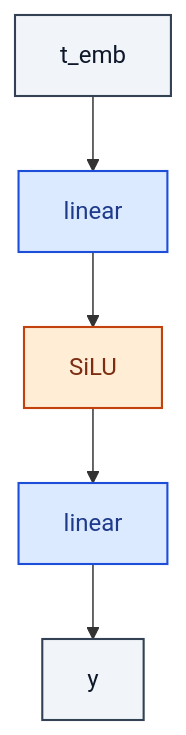
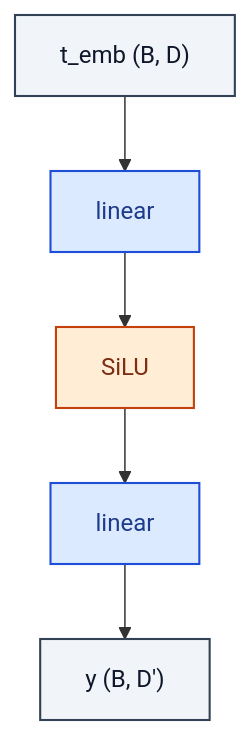
The diagram in unet_diffusion/TimestepMLP.md (RealityShifts/Srivastava-book-of-Blocks-diagrams), drawn with Mermaid before and after one commit. The commit also changed 123 other files, not shown here.

````diff
--- a/unet_diffusion/TimestepMLP.md
+++ b/unet_diffusion/TimestepMLP.md
@@ -7,21 +7,22 @@
 ```mermaid
 flowchart TD
-    n0_0["t_emb"]:::io
+    n0_0["t_emb  (B, D)"]:::io
     n1_0["linear"]:::op
     n2_0["SiLU"]:::act
     n3_0["linear"]:::op
-    n4_0["y"]:::io
+    n4_0["y  (B, D')"]:::io
     n0_0 --> n1_0
     n1_0 --> n2_0
     n2_0 --> n3_0
     n3_0 --> n4_0
     classDef io fill:#f1f5f9,stroke:#334155,stroke-width:1.4px,color:#0f172a
     classDef op fill:#dbeafe,stroke:#1d4ed8,stroke-width:1.4px,color:#1e3a8a
     classDef norm fill:#dcfce7,stroke:#15803d,stroke-width:1.4px,color:#14532d
     classDef act fill:#ffedd5,stroke:#c2410c,stroke-width:1.4px,color:#7c2d12
     classDef attn fill:#ede9fe,stroke:#6d28d9,stroke-width:1.4px,color:#4c1d95
     classDef merge fill:#fef3c7,stroke:#b45309,stroke-width:1.4px,color:#78350f
     classDef emb fill:#fef9c3,stroke:#a16207,stroke-width:1.4px,color:#713f12
     classDef loss fill:#fee2e2,stroke:#b91c1c,stroke-width:1.4px,color:#7f1d1d
     classDef ctrl fill:#f5f5f4,stroke:#52525b,stroke-width:1.4px,color:#27272a
+    classDef ref fill:#e0f2fe,stroke:#0369a1,stroke-width:2px,color:#0c4a6e,stroke-dasharray: 4 2
 ```
````
